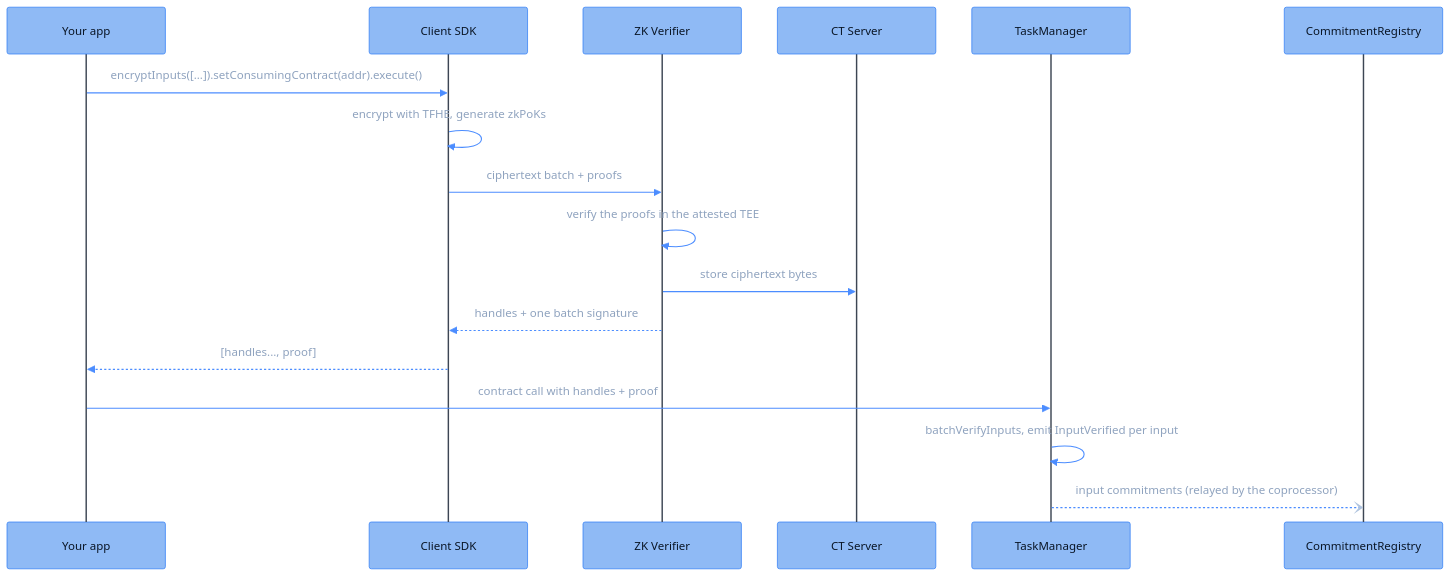
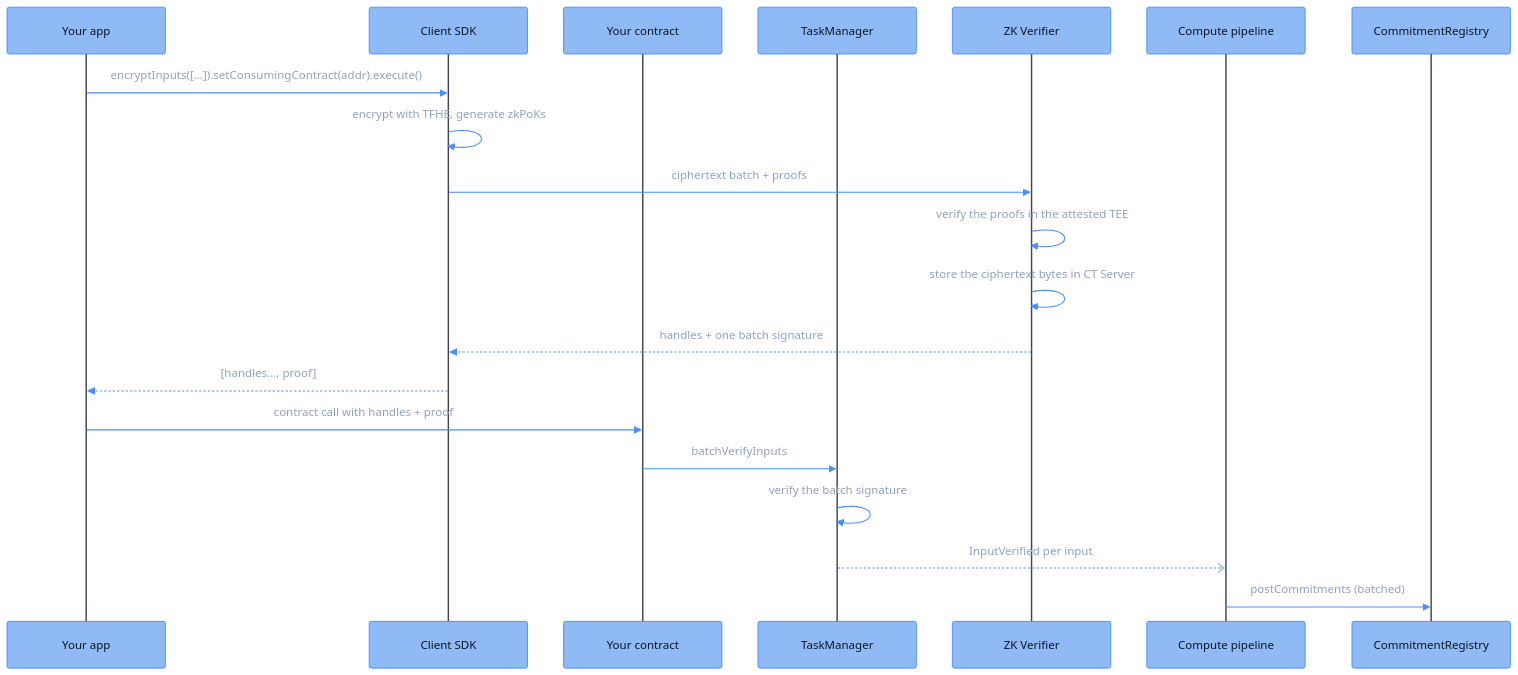
Before and after one commit to FhenixProtocol/fhenix-developer-docs: the diagram in deep-dive/data-flows/encryption-request-flow.mdx, drawn with Mermaid. The commit also changed other lines of this file and 11 other files, not shown here.

First line of the commit message:
[DOCS] diagrams: one component vocabulary across every diagram and its page (#89)

````diff
--- a/deep-dive/data-flows/encryption-request-flow.mdx
+++ b/deep-dive/data-flows/encryption-request-flow.mdx
@@ -20,21 +23,24 @@
 ```mermaid
 %%{init: {"theme": "base", "themeVariables": {"fontFamily": "Menlo, Monaco, Consolas, monospace", "fontSize": "16px", "primaryColor": "#8FBAF5", "primaryBorderColor": "#2E7CF6", "primaryTextColor": "#0A1626", "lineColor": "#4C8DFF", "signalColor": "#4C8DFF", "signalTextColor": "#8FA3BF", "actorBkg": "#8FBAF5", "actorBorder": "#2E7CF6", "actorTextColor": "#0A1626", "actorLineColor": "#3D4654", "noteBkgColor": "#14171C", "noteBorderColor": "#3D4654", "noteTextColor": "#AFC3DE", "activationBkgColor": "#1E3A5F", "activationBorderColor": "#4C8DFF", "clusterBkg": "#14171C", "clusterBorder": "#3D4654", "titleColor": "#E7EAEE", "edgeLabelBackground": "#8FBAF5", "textColor": "#AFC3DE", "labelTextColor": "#E7EAEE", "tertiaryColor": "#14171C", "loopTextColor": "#AFC3DE", "labelBoxBkgColor": "#1E3A5F", "labelBoxBorderColor": "#4C8DFF"}, "sequence": {"actorFontFamily": "Menlo, Monaco, Consolas, monospace", "messageFontFamily": "Menlo, Monaco, Consolas, monospace", "noteFontFamily": "Menlo, Monaco, Consolas, monospace", "width": 220, "actorFontSize": 16, "messageFontSize": 16, "noteFontSize": 15}}}%%
 sequenceDiagram
     participant App as Your app
     participant SDK as Client SDK
+    participant C as Your contract
+    participant TM as TaskManager
     participant ZK as ZK Verifier
-    participant CTS as CT Server
-    participant TM as TaskManager
+    participant Pipe as Compute pipeline
     participant CR as CommitmentRegistry
 
     App->>SDK: encryptInputs([...]).setConsumingContract(addr).execute()
     SDK->>SDK: encrypt with TFHE, generate zkPoKs
     SDK->>ZK: ciphertext batch + proofs
     ZK->>ZK: verify the proofs in the attested TEE
-    ZK->>CTS: store ciphertext bytes
+    ZK->>ZK: store the ciphertext bytes in CT Server
     ZK-->>SDK: handles + one batch signature
     SDK-->>App: [handles..., proof]
-    App->>TM: contract call with handles + proof
-    TM->>TM: batchVerifyInputs, emit InputVerified per input
-    TM--)CR: input commitments (relayed by the coprocessor)
+    App->>C: contract call with handles + proof
+    C->>TM: batchVerifyInputs
+    TM->>TM: verify the batch signature
+    TM--)Pipe: InputVerified per input
+    Pipe->>CR: postCommitments (batched)
 ```
````
